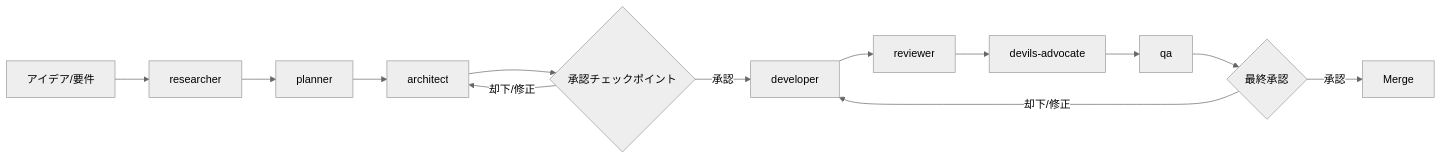
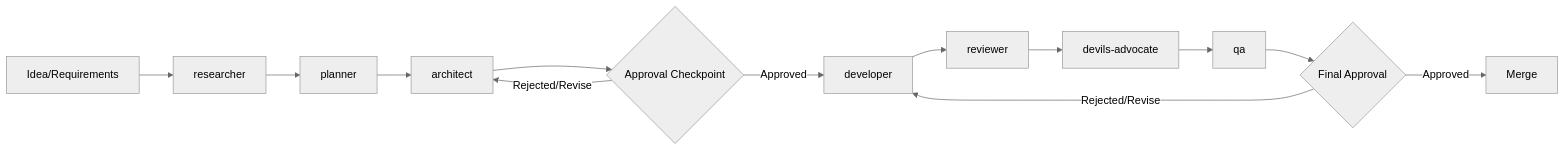
Before and after one commit to kato83/mayu: the diagram in .kiro/steering/agents.md, drawn with Mermaid (neutral theme). The commit also changed other lines of this file and 12 other files, not shown here.

````diff
--- a/.kiro/steering/agents.md
+++ b/.kiro/steering/agents.md
@@ -27,15 +27,15 @@
 ```mermaid
 graph LR
-    A[アイデア/要件] --> B[researcher]
+    A[Idea/Requirements] --> B[researcher]
     B --> C[planner]
     C --> D[architect]
-    D --> E{承認チェックポイント}
-    E -->|承認| F[developer]
+    D --> E{Approval Checkpoint}
+    E -->|Approved| F[developer]
     F --> G[reviewer]
     G --> H[devils-advocate]
     H --> I[qa]
-    I --> J{最終承認}
-    J -->|承認| K[Merge]
-    E -->|却下/修正| D
-    J -->|却下/修正| F
+    I --> J{Final Approval}
+    J -->|Approved| K[Merge]
+    E -->|Rejected/Revise| D
+    J -->|Rejected/Revise| F
 ```
````
